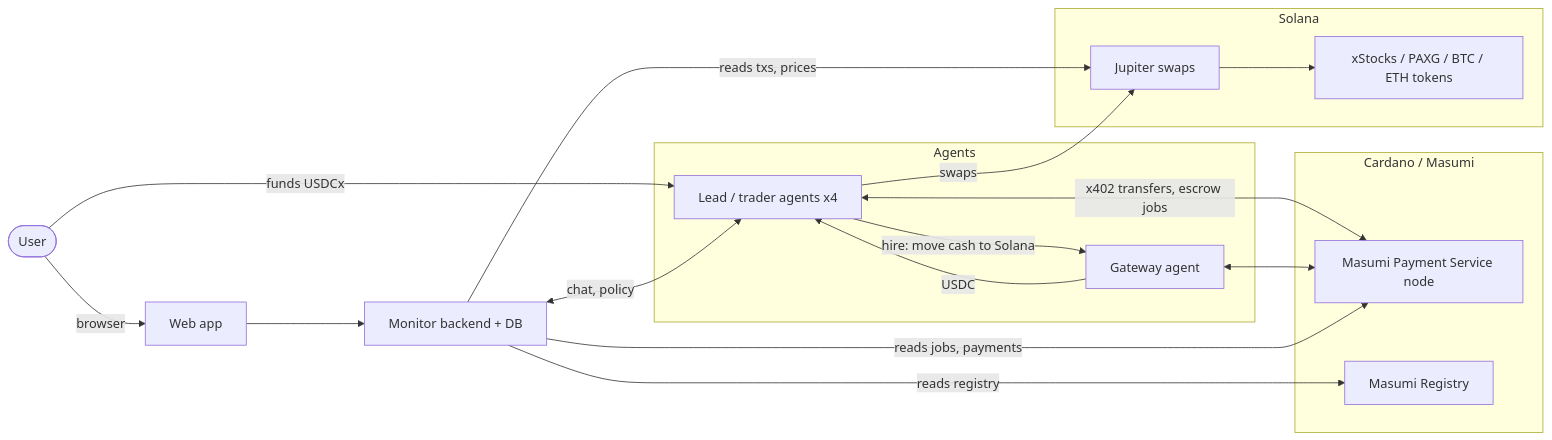
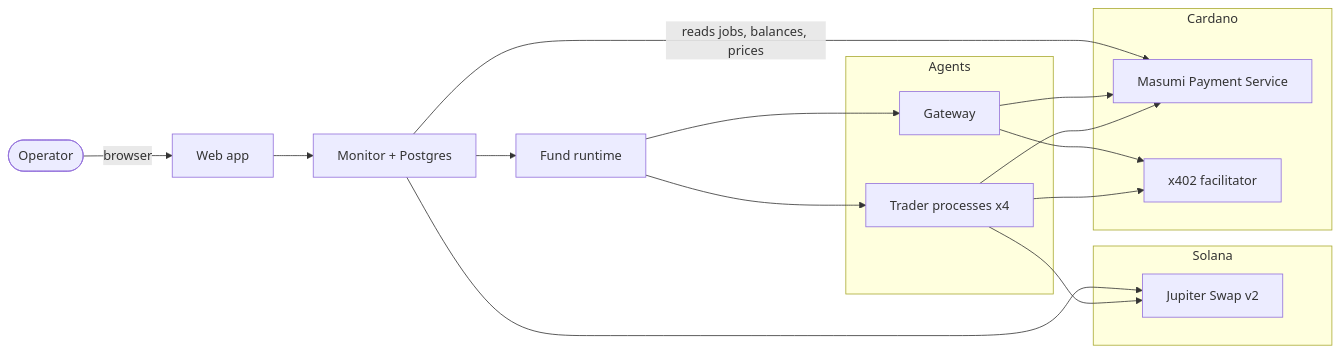
One commit to littlewhywhat/hedge-agents changed the diagram in PLAN.md. Above: the diagram before and after it, drawn with Mermaid. The commit also changed other lines of this file and 2 other files, not shown here.

````diff
--- a/PLAN.md
+++ b/PLAN.md
@@ -44,31 +57,30 @@
 ```mermaid
 flowchart LR
-  user([User]) -->|browser| web[Web app]
-  web --> api[Monitor backend + DB]
+  user([Operator]) -->|browser| web[Web app]
+  web --> api[Monitor + Postgres]
+  api --> runtime[Fund runtime]
 
-  subgraph Cardano / Masumi
-    pay[Masumi Payment Service node]
-    reg[Masumi Registry]
+  subgraph Cardano
+    pay[Masumi Payment Service]
+    fac[x402 facilitator]
   end
 
   subgraph Agents
-    lead[Lead / trader agents x4]
-    gw[Gateway agent]
+    traders[Trader processes x4]
+    gw[Gateway]
   end
 
   subgraph Solana
-    jup[Jupiter swaps]
-    tok[xStocks / PAXG / BTC / ETH tokens]
+    jup[Jupiter Swap v2]
   end
 
-  user -->|funds USDCx| lead
-  lead <-->|x402 transfers, escrow jobs| pay
-  gw <--> pay
-  lead -->|hire: move cash to Solana| gw
-  gw -->|USDC| lead
-  lead -->|swaps| jup --> tok
-  api -->|reads jobs, payments| pay
-  api -->|reads txs, prices| jup
-  api -->|reads registry| reg
-  api <-->|chat, policy| lead
+  runtime --> traders
+  runtime --> gw
+  traders --> fac
+  gw --> fac
+  traders --> pay
+  gw --> pay
+  traders --> jup
+  api -->|reads jobs, balances, prices| pay
+  api --> jup
 ```
````
